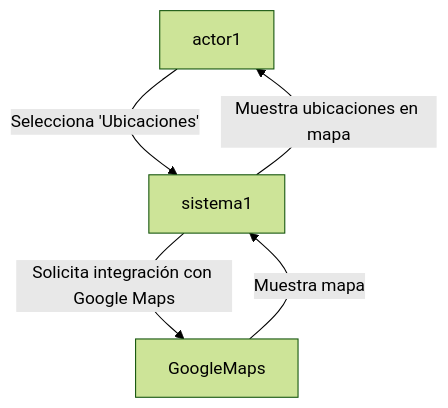
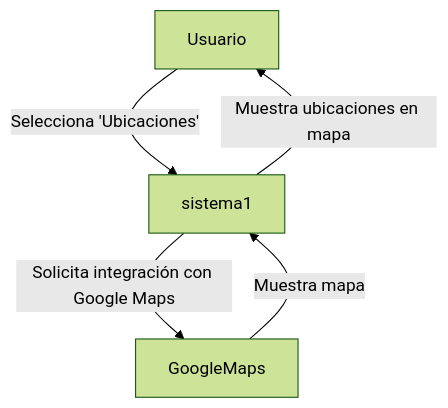
The seventh of 12 diagrams in README.md (UPT-FAING-EPIS/proyecto-si8811a-2024-ii-u2-documentacion-lizarraga_arenas), drawn with Mermaid (forest theme) before and after one commit. The commit also changed other lines of this file, not shown here.

````diff
--- a/README.md
+++ b/README.md
@@ -207,7 +207,7 @@
 ```mermaid
 flowchart TD
-    actor1 -->|Selecciona 'Ubicaciones'| sistema1
+    actor1[Usuario] -->|Selecciona 'Ubicaciones'| sistema1
     sistema1 -->|Solicita integración con Google Maps| googleMaps[GoogleMaps]
     googleMaps -->|Muestra mapa| sistema1
     sistema1 -->|Muestra ubicaciones en mapa| actor1
 ```
````
